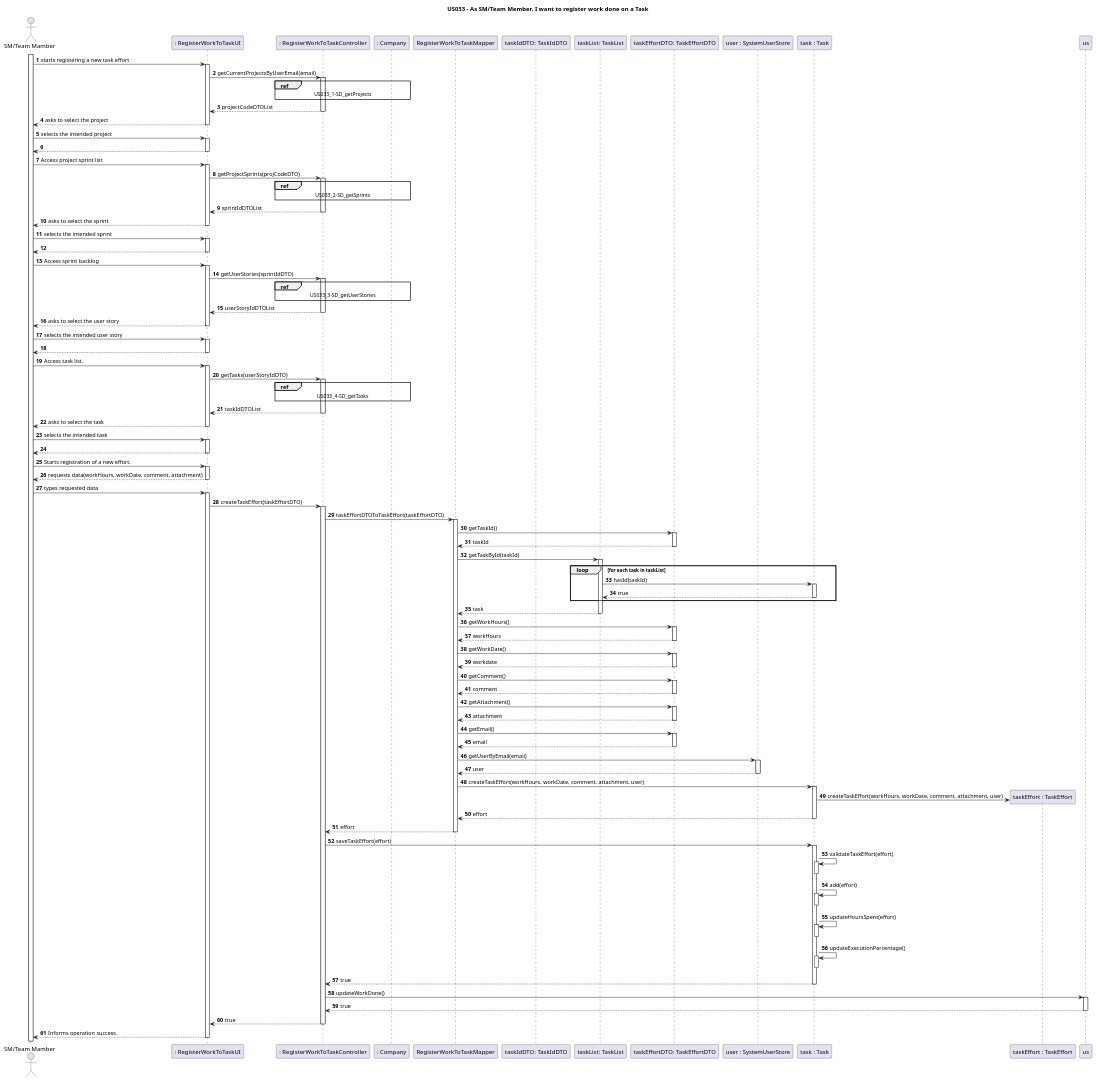
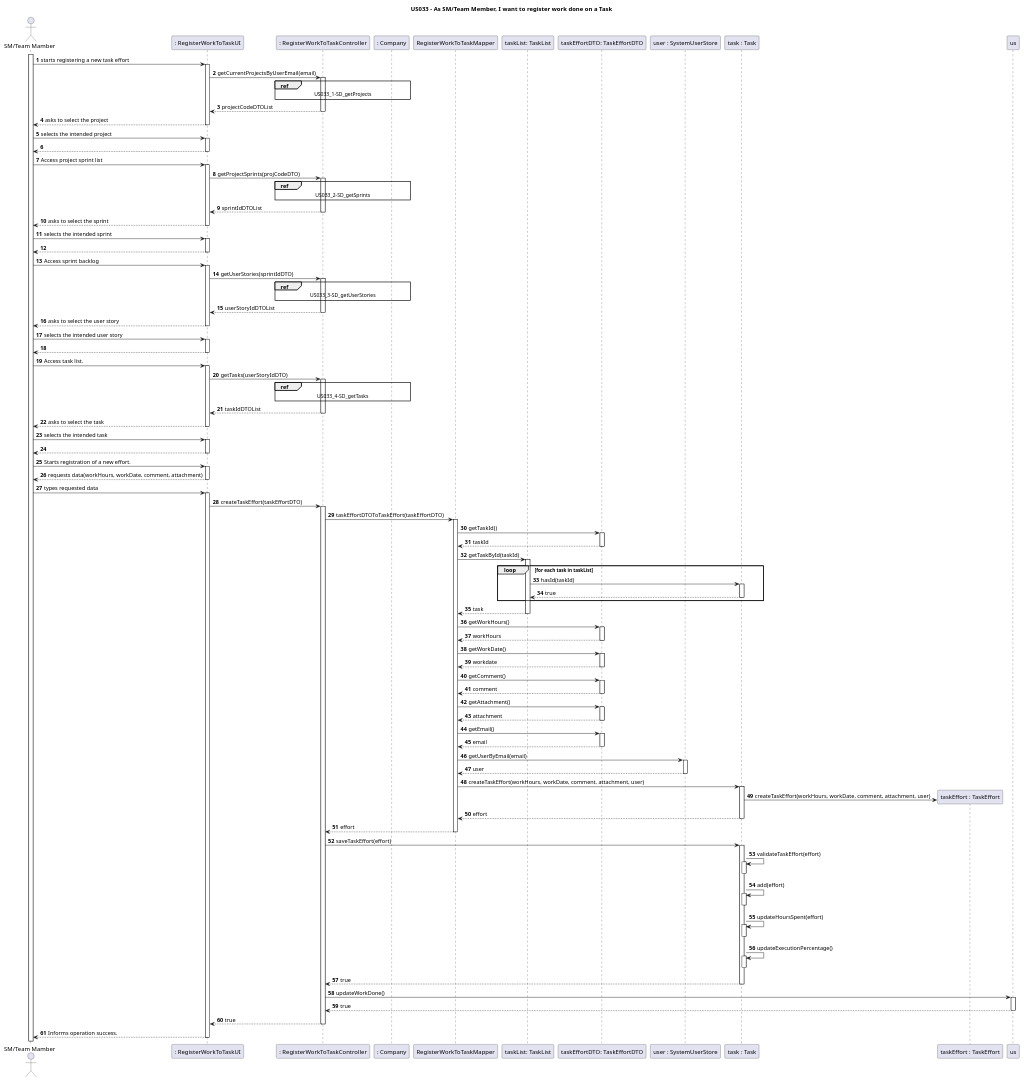
The diagram in docs/Sprint3/US033/US033-SD.puml (nunogon1211787/projectManagement), drawn with PlantUML before and after one commit. The commit also changed 1 other file, not shown here.

```diff
--- a/docs/Sprint3/US033/US033-SD.puml
+++ b/docs/Sprint3/US033/US033-SD.puml
@@ -1,103 +1,102 @@
 @startuml
 'https://plantuml.com/sequence-diagram
 
 title US033 - As SM/Team Member, I want to register work done on a Task
 
 autoactivate on
 autonumber
 
 actor "SM/Team Mamber" as User
 participant ": RegisterWorkToTaskUI" as Ui
 participant ": RegisterWorkToTaskController" as Ctrl
 participant ": Company" as company
 participant "RegisterWorkToTaskMapper" as mapper
-participant "taskIdDTO: TaskIdDTO" as taskIdDTO
 participant "taskList: TaskList" as taskList
 participant "taskEffortDTO: TaskEffortDTO" as effortDTO
 participant "user : SystemUserStore" as userStore
 participant "task : Task" as task
 participant "taskEffort : TaskEffort" as effort
 
 activate User
 
 User->Ui : starts registering a new task effort
 Ui->Ctrl: getCurrentProjectsByUserEmail(email)
 ref over Ctrl, company : US033_1-SD_getProjects
 Ctrl-->Ui:projectCodeDTOList
 Ui-->User: asks to select the project
 
 User->Ui: selects the intended project
 Ui-->User:
 
 User->Ui: Access project sprint list
 Ui->Ctrl: getProjectSprints(projCodeDTO)
 ref over Ctrl, company : US033_2-SD_getSprints
 Ctrl-->Ui: sprintIdDTOList
 Ui-->User: asks to select the sprint
 
 User->Ui: selects the intended sprint
 Ui-->User:
 
 User->Ui: Access sprint backlog
 Ui->Ctrl: getUserStories(sprintIdDTO)
 ref over Ctrl, company : US033_3-SD_getUserStories
 Ctrl-->Ui: userStoryIdDTOList
 Ui-->User: asks to select the user story
 
 User->Ui: selects the intended user story
 Ui-->User:
 
 User->Ui: Access task list.
 Ui->Ctrl: getTasks(userStoryIdDTO)
 ref over Ctrl, company : US033_4-SD_getTasks
 Ctrl-->Ui: taskIdDTOList
 Ui-->User: asks to select the task
 
 User->Ui: selects the intended task
 Ui-->User:
 
 User -> Ui: Starts registration of a new effort.
 Ui-->User: requests data(workHours, workDate, comment, attachment)
 User -> Ui: types requested data
 Ui -> Ctrl: createTaskEffort(taskEffortDTO)
 Ctrl -> mapper: taskEffortDTOToTaskEffort(taskEffortDTO)
 mapper->effortDTO: getTaskId()
 effortDTO-->mapper: taskId
 mapper->taskList: getTaskById(taskId)
 loop for each task in taskList
 taskList->task: hasId(taskId)
 task-->taskList: true
 end
 taskList-->mapper: task
 mapper->effortDTO: getWorkHours()
 effortDTO-->mapper: workHours
 mapper->effortDTO: getWorkDate()
 effortDTO-->mapper: workdate
 mapper->effortDTO: getComment()
 effortDTO-->mapper: comment
 mapper->effortDTO: getAttachment()
 effortDTO-->mapper: attachment
 mapper->effortDTO: getEmail()
 effortDTO-->mapper: email
 mapper->userStore: getUserByEmail(email)
 userStore-->mapper: user
 mapper->task:createTaskEffort(workHours, workDate, comment, attachment, user)
 task->effort **: createTaskEffort(workHours, workDate, comment, attachment, user)
 task-->mapper: effort
 mapper--> Ctrl: effort
 Ctrl -> task: saveTaskEffort(effort)
 task -> task: validateTaskEffort(effort)
 deactivate task
 task -> task: add(effort)
 deactivate task
 task -> task: updateHoursSpent(effort)
 deactivate task
 task -> task: updateExecutionPercentage()
 deactivate task
 task-->Ctrl: true
 Ctrl -> us: updateWorkDone()
 us-->Ctrl: true
 Ctrl-->Ui : true
 
 Ui-->User : Informs operation success.
 @enduml
```
